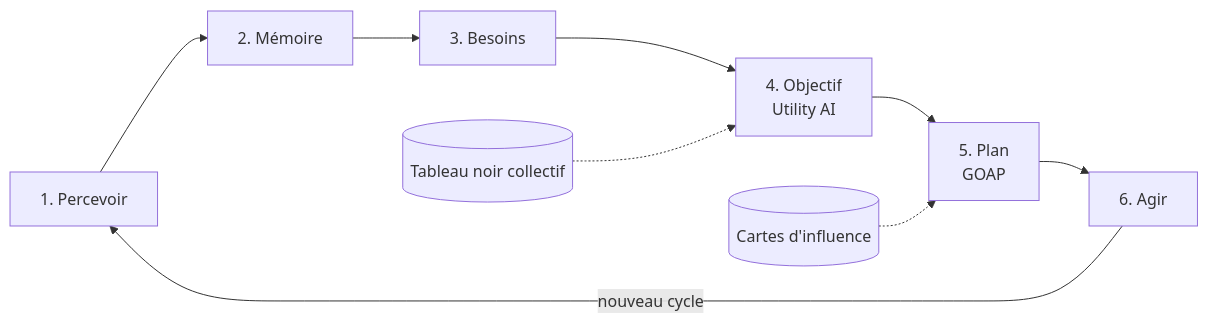
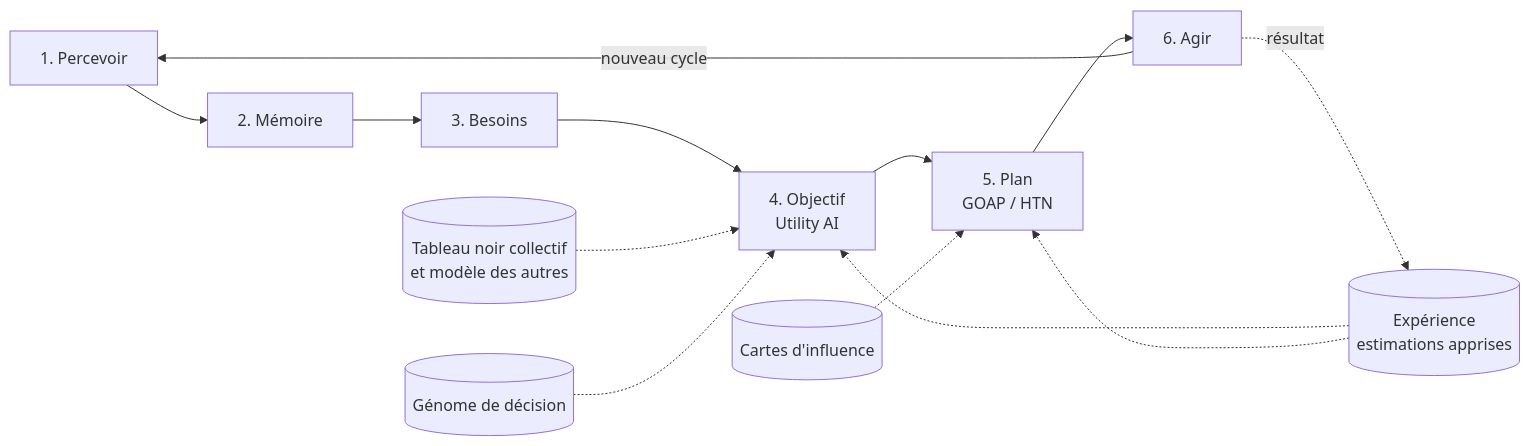
The diagram in docs/design/06-ia.md (Aluzy/pixel_civilization), drawn with Mermaid before and after one commit. The commit also changed other lines of this file and 10 other files, not shown here.

````diff
--- a/docs/design/06-ia.md
+++ b/docs/design/06-ia.md
@@ -7,11 +22,15 @@
 ```mermaid
 flowchart LR
     P[1. Percevoir] --> M[2. Mémoire]
     M --> B[3. Besoins]
     B --> O[4. Objectif<br/>Utility AI]
-    O --> PL[5. Plan<br/>GOAP]
+    O --> PL[5. Plan<br/>GOAP / HTN]
     PL --> A[6. Agir]
     A -->|nouveau cycle| P
+    A -.->|résultat| L[(Expérience<br/>estimations apprises)]
     I[(Cartes d'influence)] -.-> PL
-    T[(Tableau noir collectif)] -.-> O
+    T[(Tableau noir collectif<br/>et modèle des autres)] -.-> O
+    G[(Génome de décision)] -.-> O
+    L -.-> O
+    L -.-> PL
 ```
````
